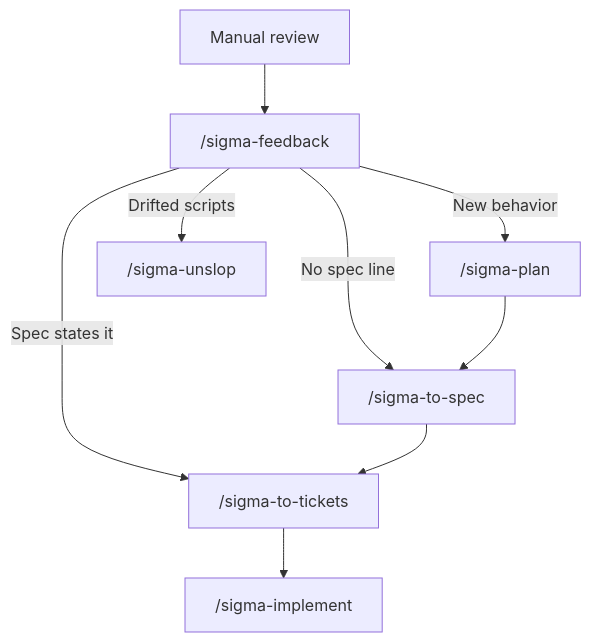
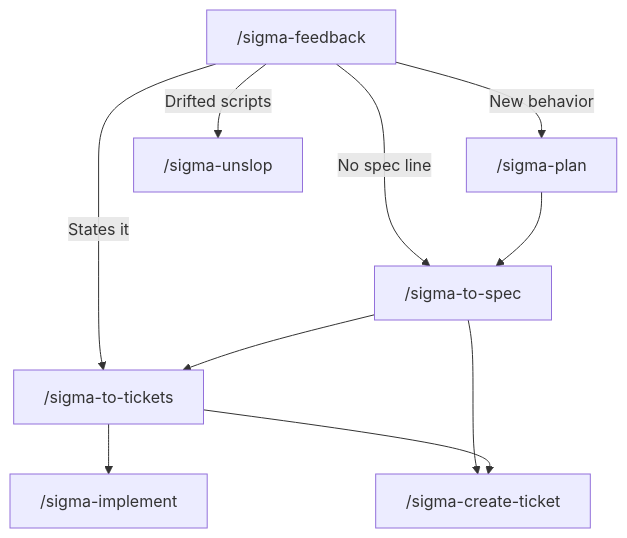
One commit to sigma-michael/sigma-build-factory changed the second of 3 diagrams in README.md. Above: the diagram before and after it, drawn with Mermaid. The commit also changed other lines of this file and 13 other files, not shown here.

````diff
--- a/README.md
+++ b/README.md
@@ -55,11 +57,12 @@
 ```mermaid
 flowchart TD
-  manual["Manual review"] --> feedback["/sigma-feedback"]
-  feedback -->|"New behavior"| planNote["/sigma-plan"]
-  feedback -->|"No spec line"| specNote["/sigma-to-spec"]
-  feedback -->|"Spec states it"| ticketNote["/sigma-to-tickets"]
-  feedback -->|"Drifted scripts"| unslop["/sigma-unslop"]
-  planNote --> specNote
-  specNote --> ticketNote
-  ticketNote --> implNote["/sigma-implement"]
+  feedback["/sigma-feedback"] -->|New behavior| plan["/sigma-plan"]
+  feedback -->|No spec line| spec["/sigma-to-spec"]
+  feedback -->|States it| tickets["/sigma-to-tickets"]
+  feedback -->|Drifted scripts| unslop["/sigma-unslop"]
+  plan --> spec
+  spec --> tickets
+  tickets --> impl["/sigma-implement"]
+  spec --> file["/sigma-create-ticket"]
+  tickets --> file
 ```
````
